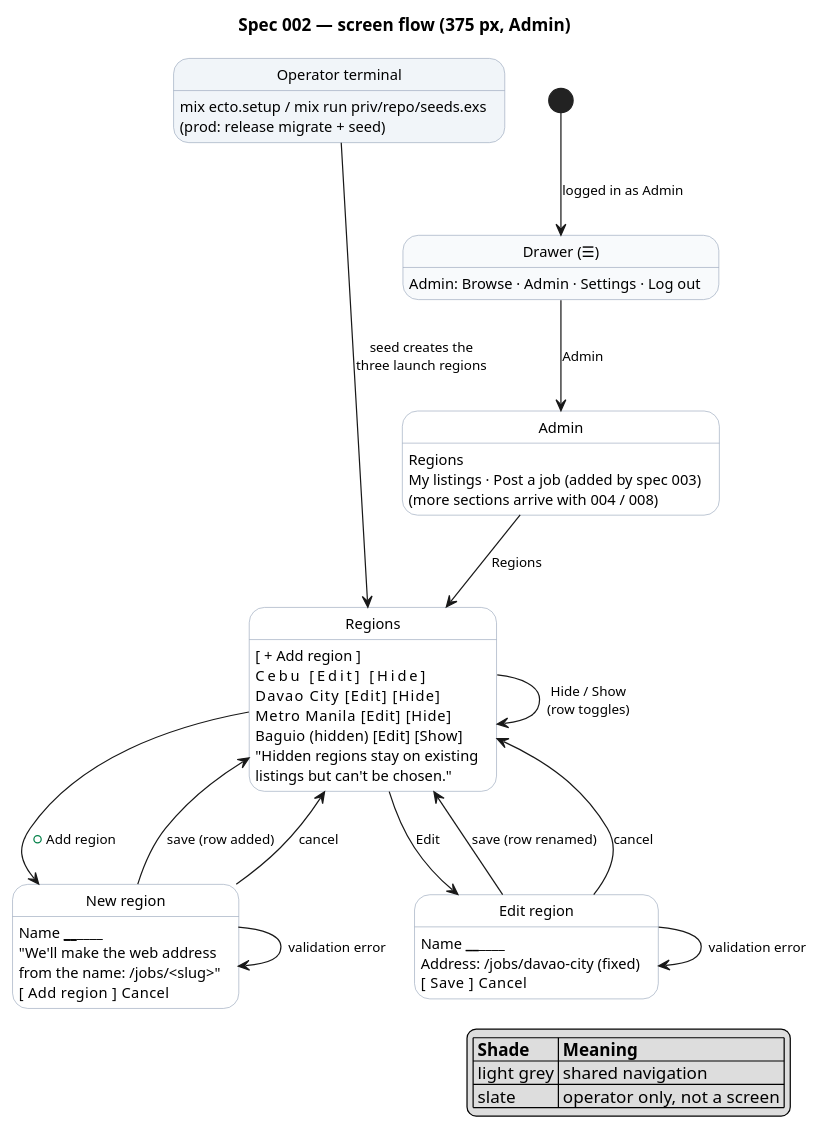
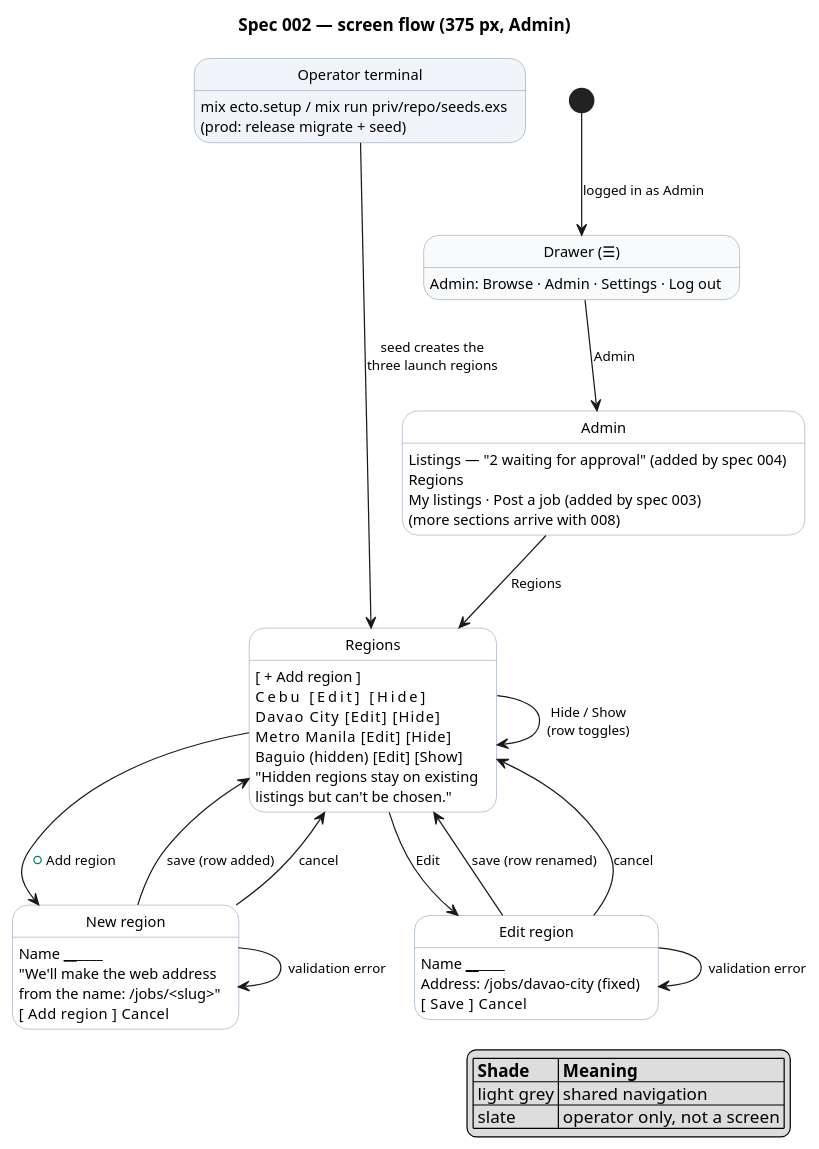
One commit to raseniero/jairojobs-elixir changed the diagram in docs/specs/002-regions/diagrams/screenflow-regions.puml. Above: the diagram before and after it, drawn with PlantUML. The commit also changed 13 other files, not shown here.

Commit message:
feat(web): admin listings page and waiting count (REQ-004-1, REQ-004-2, REQ-004-3)

```diff
--- a/docs/specs/002-regions/diagrams/screenflow-regions.puml
+++ b/docs/specs/002-regions/diagrams/screenflow-regions.puml
@@ -1,68 +1,69 @@
 @startuml screenflow-regions
 ' Spec 002 — screen flow. Each state is a screen (key elements listed); each arrow is a user action.
 ' Every user story US-002-1..6 is a path through this diagram (see table in spec.md).
 
 hide empty description
 skinparam state {
   BackgroundColor white
   BackgroundColor<<public>> #f8fafc
   BackgroundColor<<terminal>> #f1f5f9
   BorderColor #94a3b8
   FontSize 12
 }
 skinparam arrowFontSize 11
 
 title Spec 002 — screen flow (375 px, Admin)
 
 state "Drawer (☰)" as Drawer <<public>>
 Drawer : Admin: Browse · Admin · Settings · Log out
 
 state "Admin" as Admin
+Admin : Listings — "2 waiting for approval" (added by spec 004)
 Admin : Regions
 Admin : My listings · Post a job (added by spec 003)
-Admin : (more sections arrive with 004 / 008)
+Admin : (more sections arrive with 008)
 
 state "Regions" as Regions
 Regions : [ + Add region ]
 Regions : Cebu              [Edit] [Hide]
 Regions : Davao City        [Edit] [Hide]
 Regions : Metro Manila      [Edit] [Hide]
 Regions : Baguio  (hidden)  [Edit] [Show]
 Regions : "Hidden regions stay on existing\nlistings but can't be chosen."
 
 state "New region" as New
 New : Name ______________
 New : "We'll make the web address\nfrom the name: /jobs/<slug>"
 New : [ Add region ]   Cancel
 
 state "Edit region" as Edit
 Edit : Name ______________
 Edit : Address: /jobs/davao-city (fixed)
 Edit : [ Save ]   Cancel
 
 state "Operator terminal" as Terminal <<terminal>>
 Terminal : mix ecto.setup / mix run priv/repo/seeds.exs
 Terminal : (prod: release migrate + seed)
 
 [*] --> Drawer : logged in as Admin
 Drawer --> Admin : Admin
 Admin --> Regions : Regions
 Regions --> New : + Add region
 New --> Regions : save (row added)
 New --> New : validation error
 New --> Regions : cancel
 Regions --> Edit : Edit
 Edit --> Regions : save (row renamed)
 Edit --> Edit : validation error
 Edit --> Regions : cancel
 Regions --> Regions : Hide / Show\n(row toggles)
 Terminal --> Regions : seed creates the\nthree launch regions
 Terminal -[hidden]-> Drawer
 
 legend right
   |= Shade |= Meaning |
   | light grey | shared navigation |
   | slate | operator only, not a screen |
 endlegend
 
 @enduml
```
